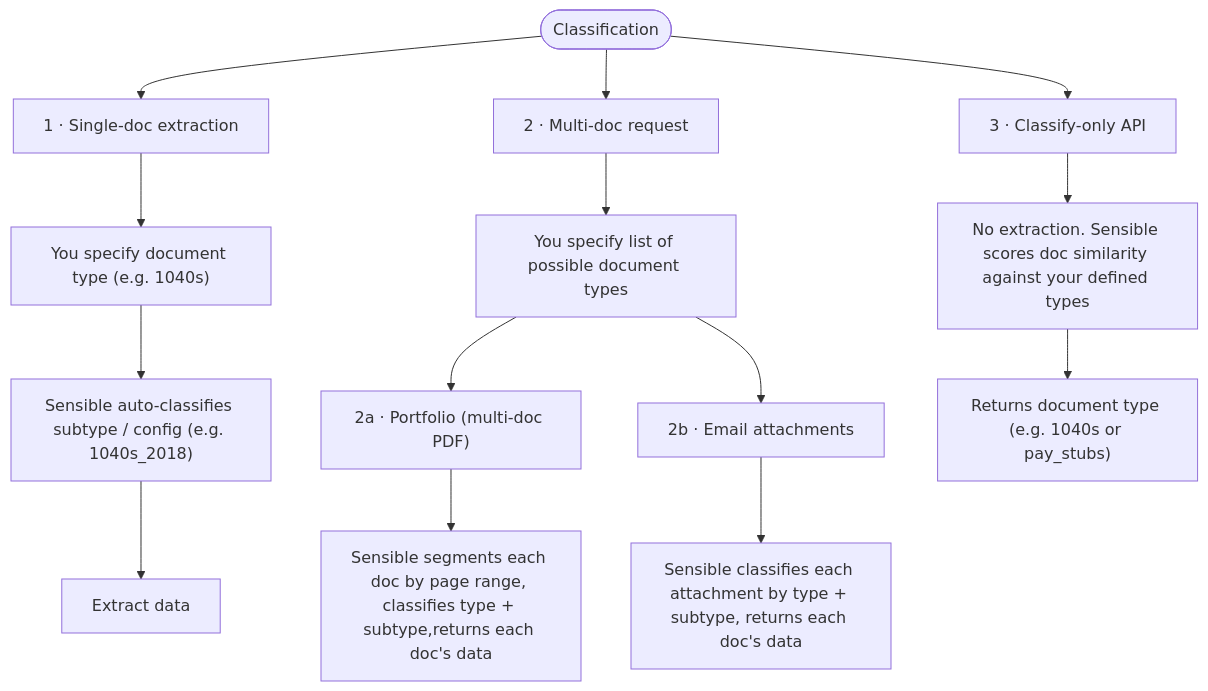
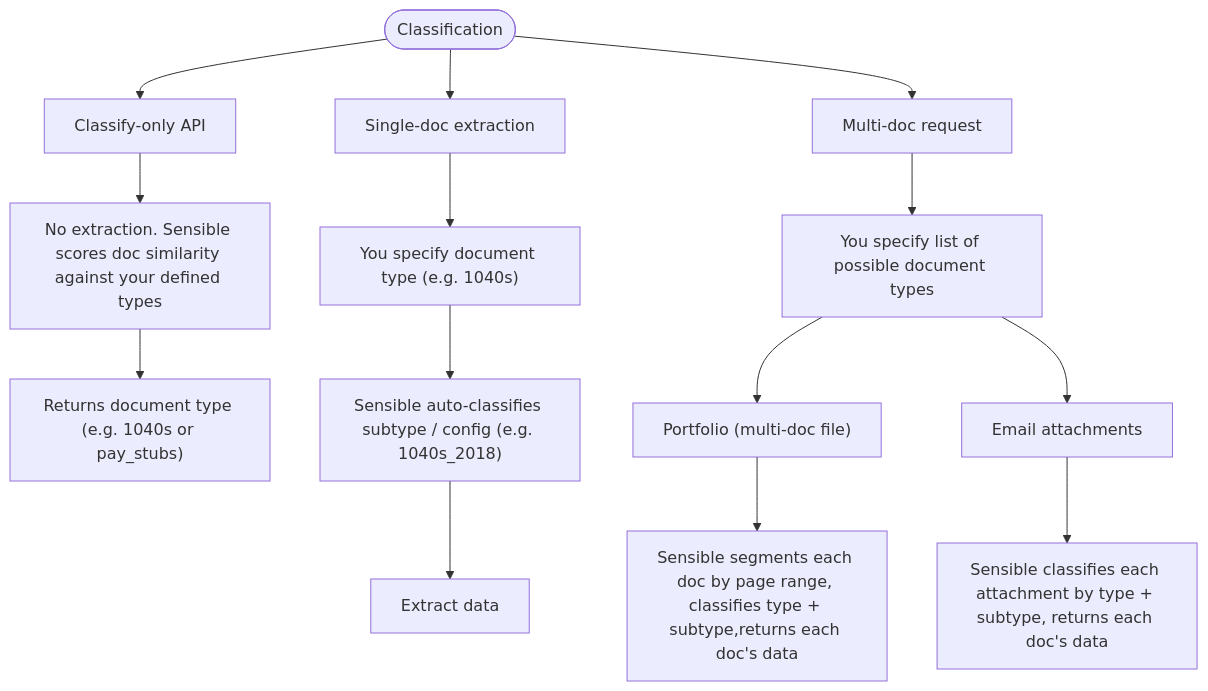
The diagram in docs/document type classification/classify.md (sensible-hq/sensible-docs), drawn with Mermaid before and after one commit. The commit also changed other lines of this file, not shown here.

````diff
--- a/docs/document type classification/classify.md
+++ b/docs/document type classification/classify.md
@@ -27,19 +25,19 @@
 ```mermaid
- flowchart TD
-      A([Classification]) --> B["1 · Single-doc extraction"]
-      A --> C["2 · Multi-doc request"]
-      A --> D["3 · Classify-only API"]
+  flowchart TD
+        A([Classification]) --> D["Classify-only API"]
+        A --> B["Single-doc extraction"]
+        A --> C["Multi-doc request"]
 
-      B --> B1["You specify document type (e.g. 1040s)"]
-      B1 --> B2["Sensible auto-classifies subtype / config (e.g. 1040s_2018)"]
-      B2 --> B3[Extract data]
+        D --> D1["No extraction. Sensible scores doc similarity against your defined types"]
+        D1 --> D2["Returns document type (e.g. 1040s or pay_stubs)"]
 
-      C --> C1["You specify list of possible document types"]
-      C1 --> C2["2a · Portfolio (multi-doc PDF)"]
-      C1 --> C3["2b · Email attachments"]
-      C2 --> C2a["Sensible segments each doc by page range, classifies type + subtype,returns each doc's data"]
-      C3 --> C3a["Sensible classifies each attachment by type + subtype, returns each doc's data"]
+        B --> B1["You specify document type (e.g. 1040s)"]
+        B1 --> B2["Sensible auto-classifies subtype / config (e.g. 1040s_2018)"]
+        B2 --> B3[Extract data]
 
-      D --> D1["No extraction. Sensible scores doc similarity against your defined types"]
-      D1 --> D2["Returns document type (e.g. 1040s or pay_stubs)"]
+        C --> C1["You specify list of possible document types"]
+        C1 --> C2["Portfolio (multi-doc file)"]
+        C1 --> C3["Email attachments"]
+        C2 --> C2a["Sensible segments each doc by page range, classifies type + subtype,returns each doc's data"]
+        C3 --> C3a["Sensible classifies each attachment by type + subtype, returns each doc's data"]
 ```
````
